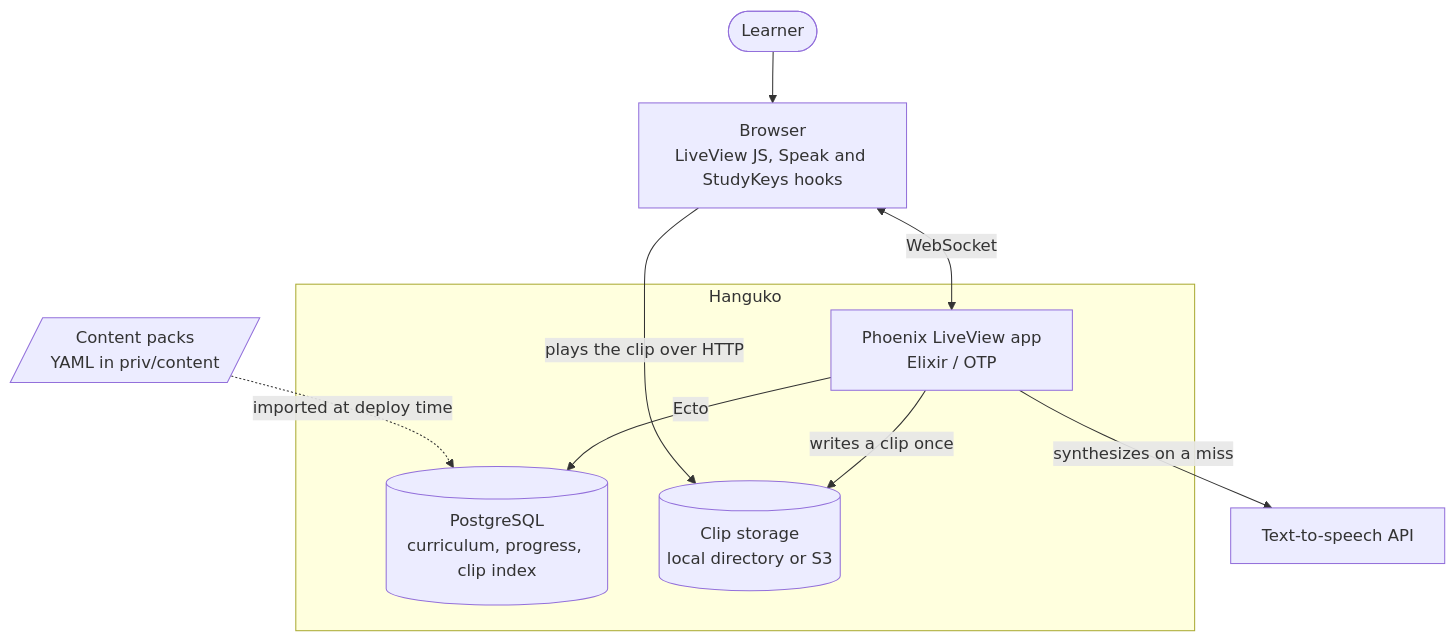
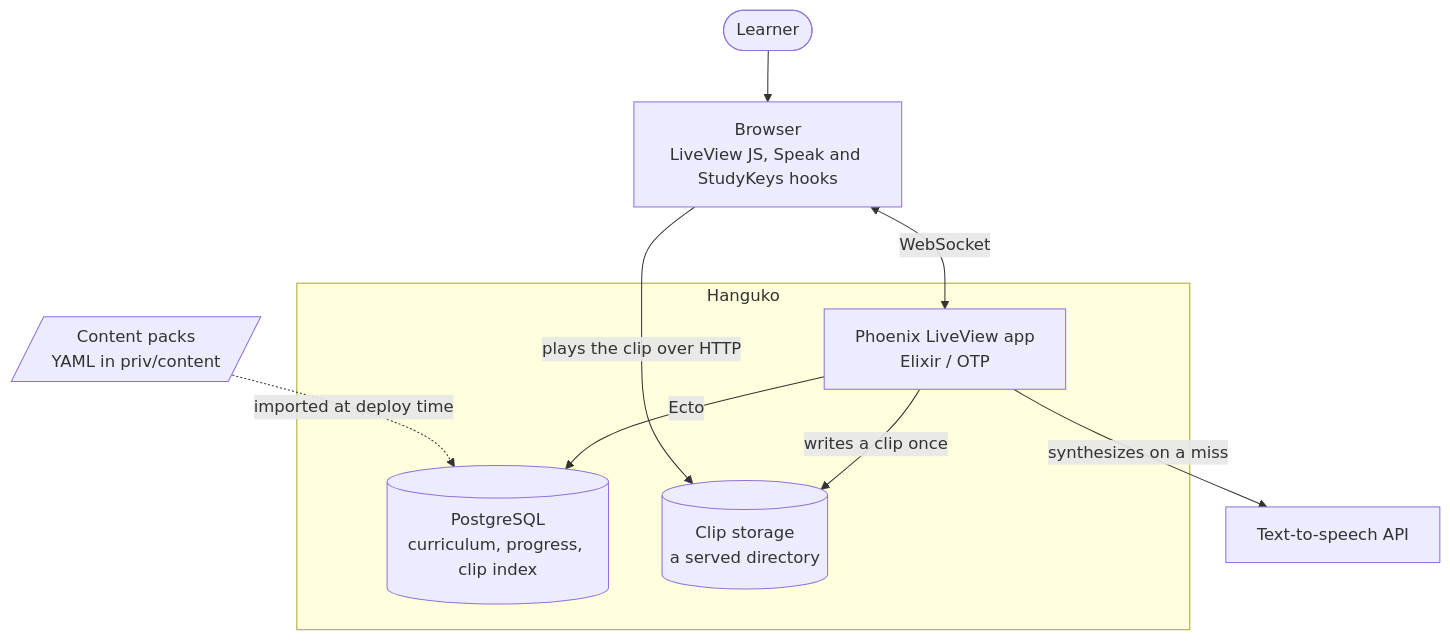
Before and after one commit to dylangleason/hanguko: the second of 4 diagrams in guides/architecture.md, drawn with Mermaid. The commit also changed other lines of this file, not shown here.

Commit message:
Update architecture doc to reflect local storage scope.

````diff
--- a/guides/architecture.md
+++ b/guides/architecture.md
@@ -47,22 +47,22 @@
 ```mermaid
 flowchart TB
   learner([Learner])
 
   subgraph hanguko[Hanguko]
     web["Phoenix LiveView app<br/>Elixir / OTP"]
     db[("PostgreSQL<br/>curriculum, progress, clip index")]
-    clips[("Clip storage<br/>local directory or S3")]
+    clips[("Clip storage<br/>a served directory")]
   end
 
   packs[/"Content packs<br/>YAML in priv/content"/]
   browser["Browser<br/>LiveView JS, Speak and StudyKeys hooks"]
   tts["Text-to-speech API"]
 
   learner --> browser
   browser <-->|WebSocket| web
   web -->|Ecto| db
   web -->|"writes a clip once"| clips
   web -->|"synthesizes on a miss"| tts
   browser -->|"plays the clip over HTTP"| clips
   packs -.->|"imported at deploy time"| db
 ```
````
